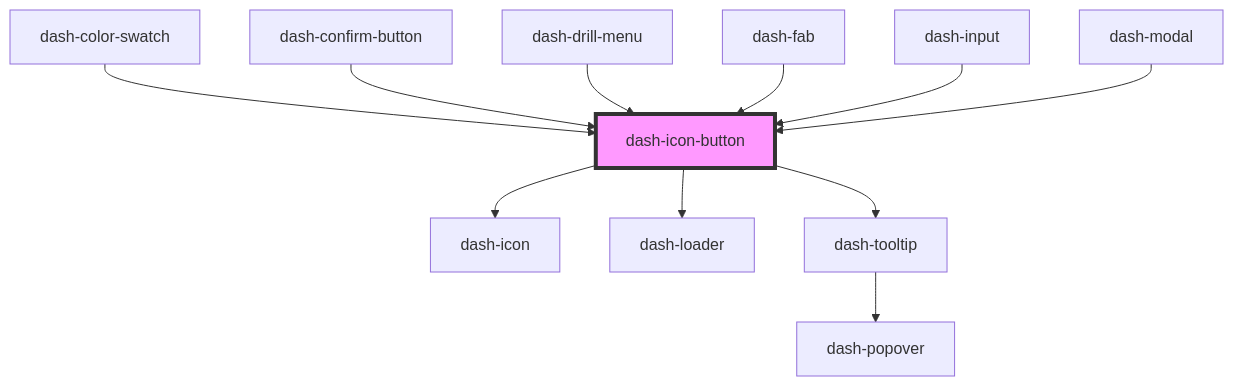
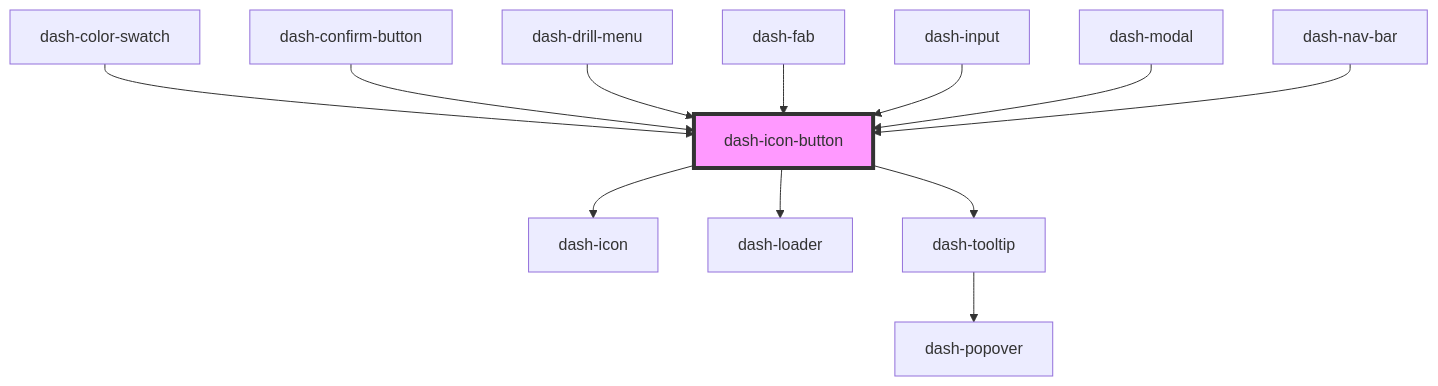
One commit to jmanke/dash changed the diagram in packages/dash-components/src/components/dash-icon-button/readme.md. Above: the diagram before and after it, drawn with Mermaid. The commit also changed other lines of this file and 111 other files, not shown here.

````diff
--- a/packages/dash-components/src/components/dash-icon-button/readme.md
+++ b/packages/dash-components/src/components/dash-icon-button/readme.md
@@ -54,14 +55,15 @@
 ```mermaid
 graph TD;
   dash-icon-button --> dash-icon
   dash-icon-button --> dash-loader
   dash-icon-button --> dash-tooltip
   dash-tooltip --> dash-popover
   dash-color-swatch --> dash-icon-button
   dash-confirm-button --> dash-icon-button
   dash-drill-menu --> dash-icon-button
   dash-fab --> dash-icon-button
   dash-input --> dash-icon-button
   dash-modal --> dash-icon-button
+  dash-nav-bar --> dash-icon-button
   style dash-icon-button fill:#f9f,stroke:#333,stroke-width:4px
 ```
````
